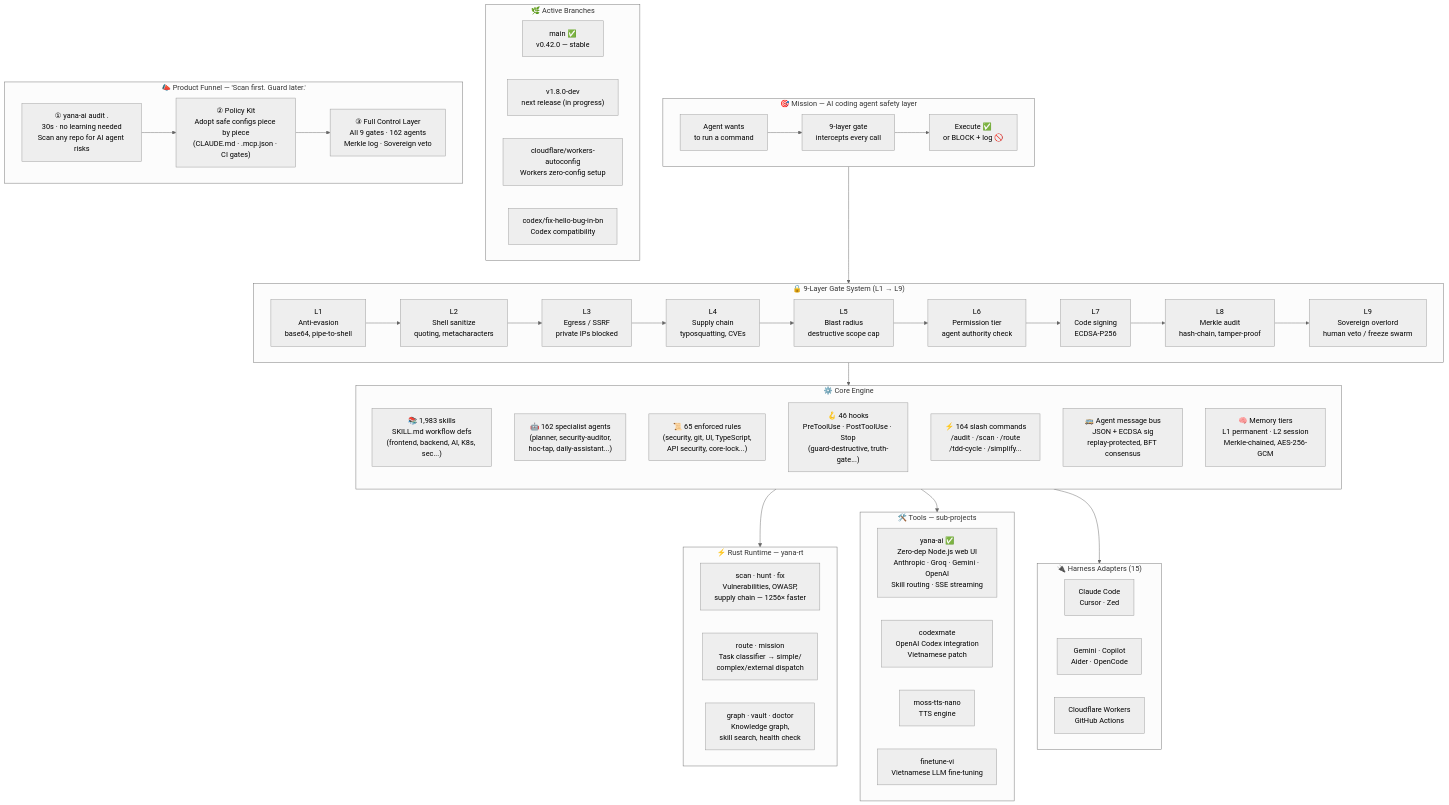
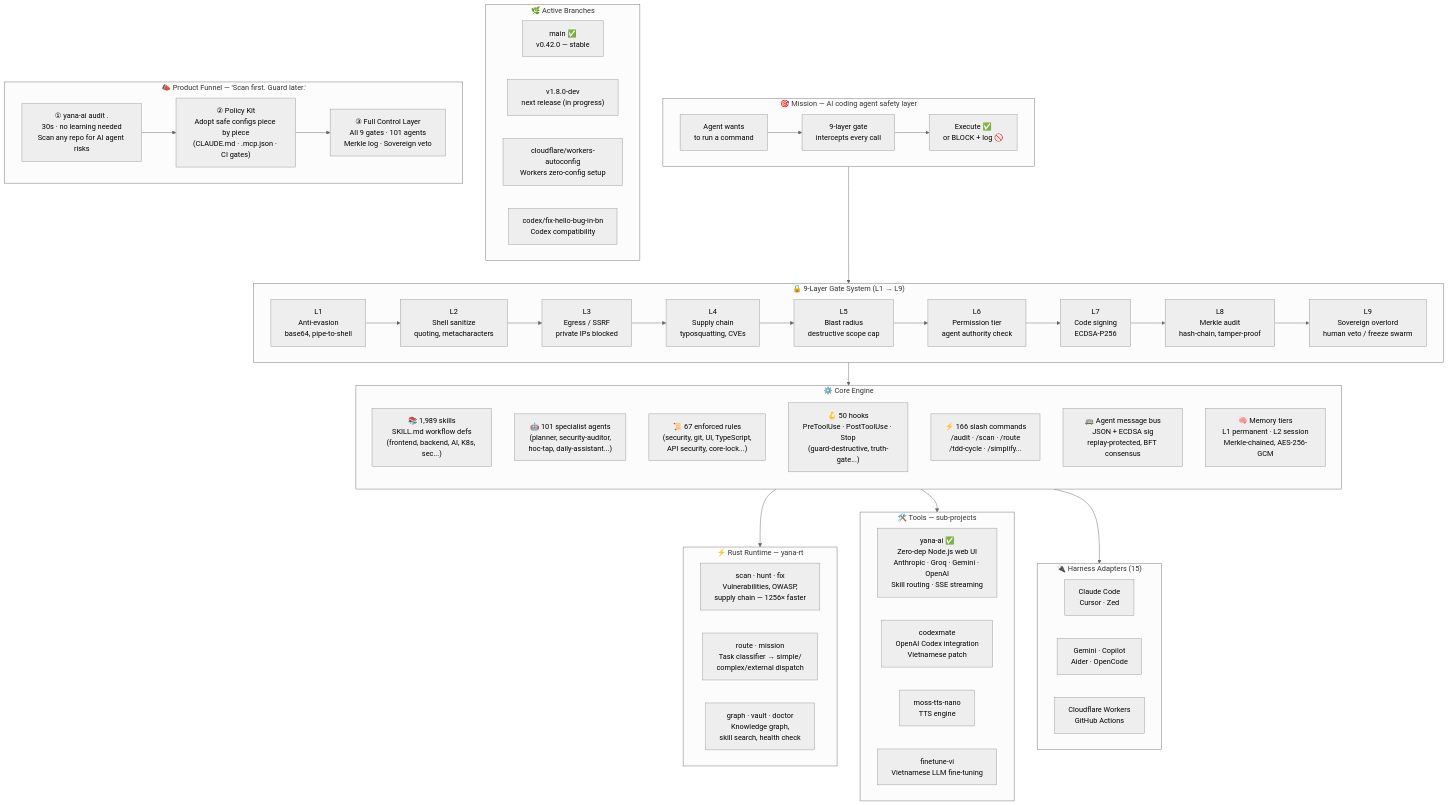
Before and after one commit to yanacuti1121/Yana-AI: the diagram in README.md, drawn with Mermaid (neutral theme). The commit also changed other lines of this file and 23 other files, not shown here.

```diff
--- a/README.md
+++ b/README.md
@@ -179,11 +181,11 @@
     %% ── Core engine ──────────────────────────────────────────────────────
     subgraph CORE["⚙️ Core Engine"]
         direction TB
-        SKILLS["📚 1,983 skills\nSKILL.md workflow defs\n(frontend, backend, AI, K8s, sec...)"]
-        AGENTS["🤖 162 specialist agents\n(planner, security-auditor,\nhoc-tap, daily-assistant...)"]
-        RULES["📜 65 enforced rules\n(security, git, UI, TypeScript,\nAPI security, core-lock...)"]
-        HOOKS["🪝 46 hooks\nPreToolUse · PostToolUse · Stop\n(guard-destructive, truth-gate...)"]
-        CMDS["⚡ 164 slash commands\n/audit · /scan · /route\n/tdd-cycle · /simplify..."]
+        SKILLS["📚 1,989 skills\nSKILL.md workflow defs\n(frontend, backend, AI, K8s, sec...)"]
+        AGENTS["🤖 101 specialist agents\n(planner, security-auditor,\nhoc-tap, daily-assistant...)"]
+        RULES["📜 67 enforced rules\n(security, git, UI, TypeScript,\nAPI security, core-lock...)"]
+        HOOKS["🪝 50 hooks\nPreToolUse · PostToolUse · Stop\n(guard-destructive, truth-gate...)"]
+        CMDS["⚡ 166 slash commands\n/audit · /scan · /route\n/tdd-cycle · /simplify..."]
         BUS["🚌 Agent message bus\nJSON + ECDSA sig\nreplay-protected, BFT consensus"]
         MEM["🧠 Memory tiers\nL1 permanent · L2 session\nMerkle-chained, AES-256-GCM"]
     end
@@ -227,7 +229,7 @@
         direction LR
         F1["① yana-ai audit .\n30s · no learning needed\nScan any repo for AI agent risks"]
         F2["② Policy Kit\nAdopt safe configs piece by piece\n(CLAUDE.md · .mcp.json · CI gates)"]
-        F3["③ Full Control Layer\nAll 9 gates · 162 agents\nMerkle log · Sovereign veto"]
+        F3["③ Full Control Layer\nAll 9 gates · 101 agents\nMerkle log · Sovereign veto"]
         F1 --> F2 --> F3
     end
 
```
